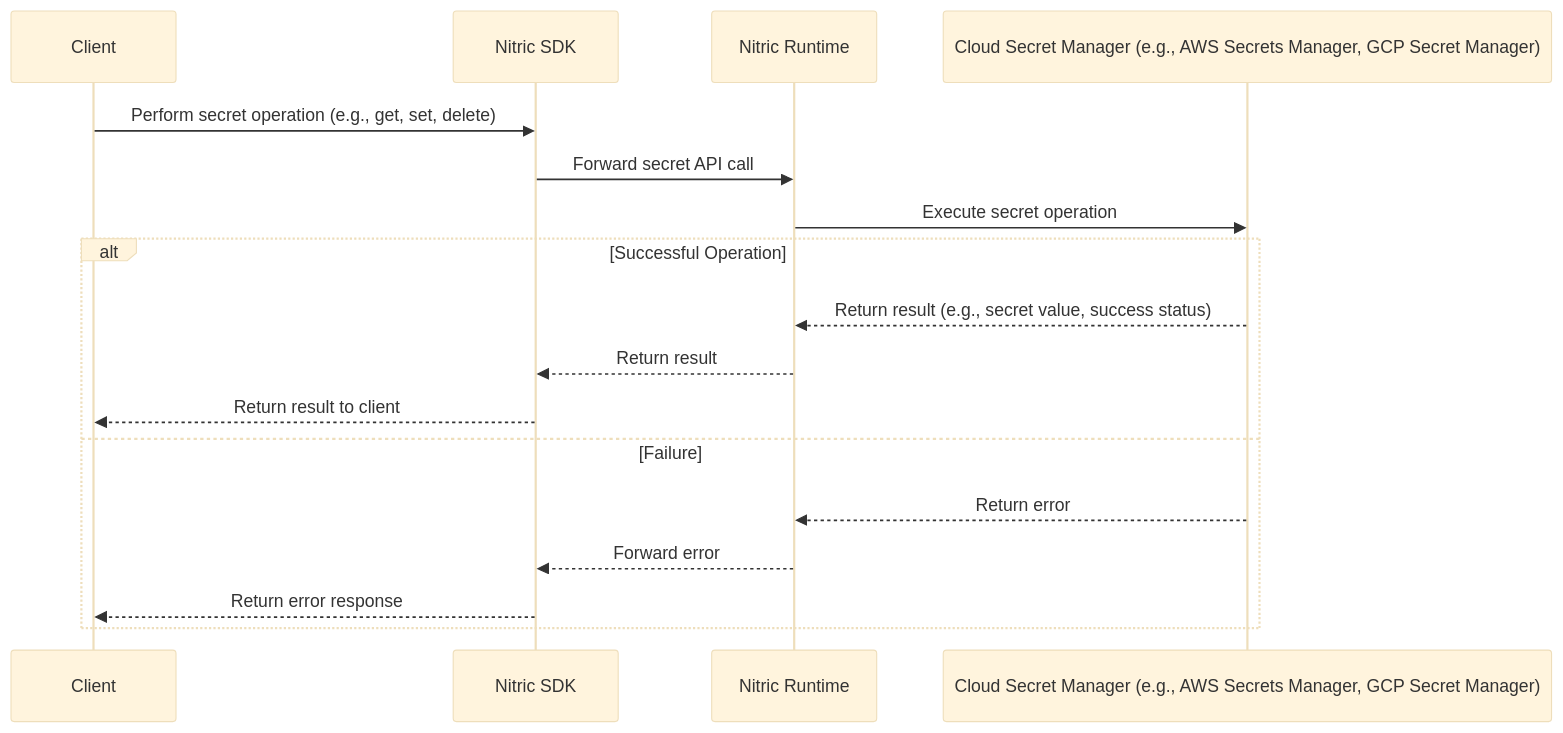
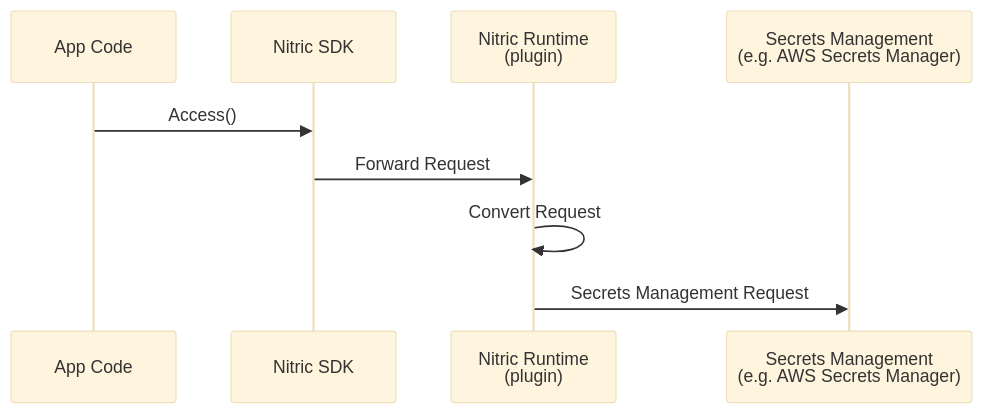
One commit to nitrictech/docs changed the fourth of 4 diagrams in docs/architecture/secrets.mdx. Above: the diagram before and after it, drawn with Mermaid (base theme). The commit also changed other lines of this file and 1 other file, not shown here.

Commit message:
Update secrets sequences

````diff
--- a/docs/architecture/secrets.mdx
+++ b/docs/architecture/secrets.mdx
@@ -73,21 +99,12 @@
 ```mermaid
 sequenceDiagram
-    participant Client as Client
-    participant NitricSDK as Nitric SDK
-    participant NitricRuntime as Nitric Runtime
-    participant SecretManager as Cloud Secret Manager (e.g., AWS Secrets Manager, GCP Secret Manager)
+    participant Client as App Code
+    participant SDK as Nitric SDK
+    participant Nitric as Nitric Runtime <br> (plugin)
+    participant CloudAPI as Secrets Management <br> (e.g. AWS Secrets Manager)
 
-    Client->>NitricSDK: Perform secret operation (e.g., get, set, delete)
-    NitricSDK->>NitricRuntime: Forward secret API call
-    NitricRuntime->>SecretManager: Execute secret operation
-
-    alt Successful Operation
-        SecretManager-->>NitricRuntime: Return result (e.g., secret value, success status)
-        NitricRuntime-->>NitricSDK: Return result
-        NitricSDK-->>Client: Return result to client
-    else Failure
-        SecretManager-->>NitricRuntime: Return error
-        NitricRuntime-->>NitricSDK: Forward error
-        NitricSDK-->>Client: Return error response
-    end
+    Client->>SDK: Access()
+    SDK->>Nitric: Forward Request
+    Nitric->>Nitric: Convert Request
+    Nitric->>CloudAPI: Secrets Management Request
 ```
````
